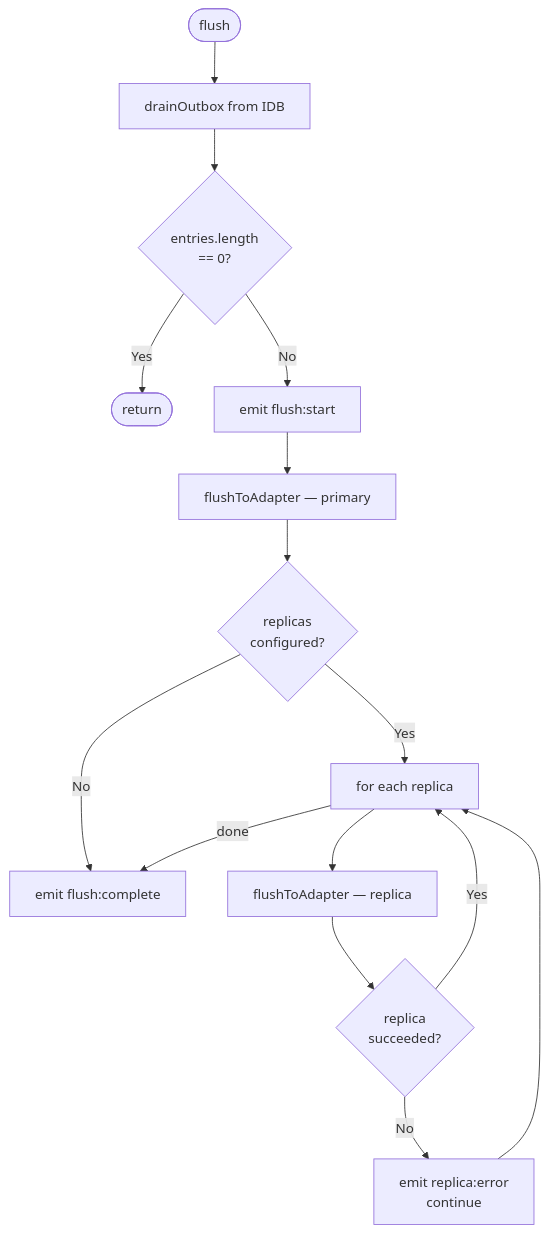
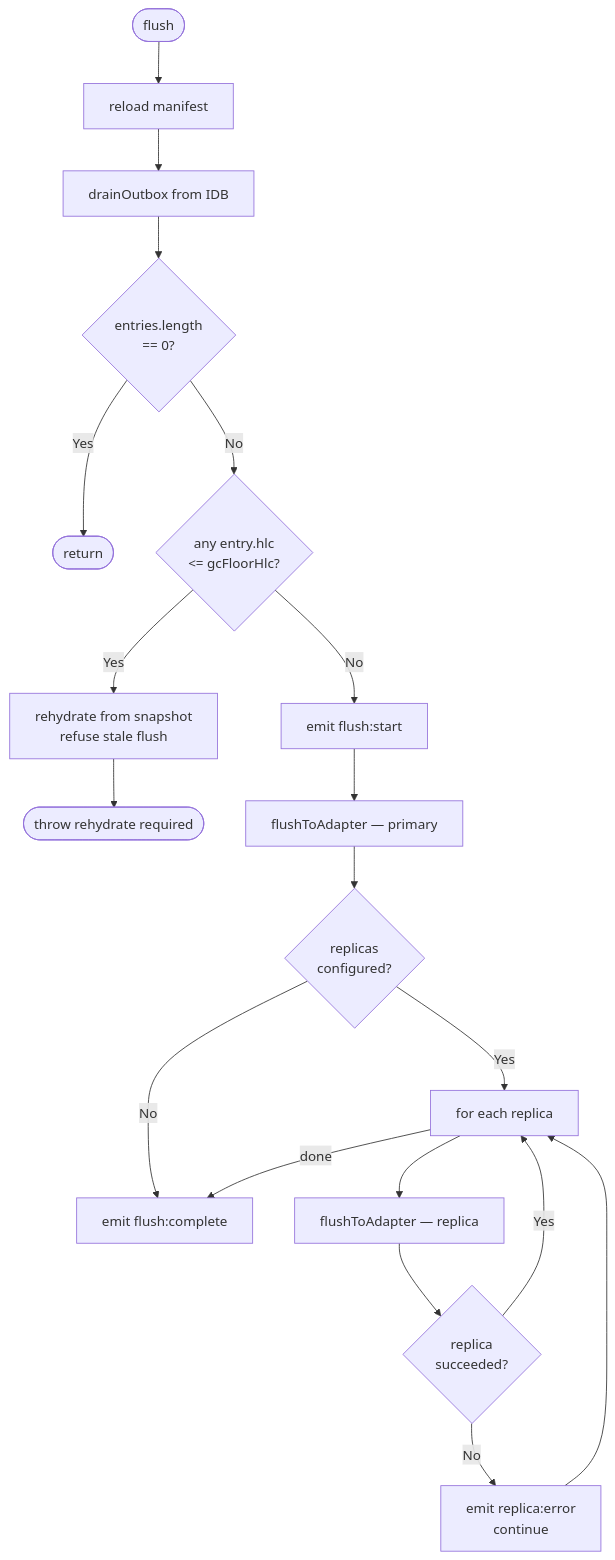
Before and after one commit to Machine-Garden/interocitor: the third of 7 diagrams in docs/flows.md, drawn with Mermaid. The commit also changed other lines of this file and 15 other files, not shown here.

````diff
--- a/docs/flows.md
+++ b/docs/flows.md
@@ -63,17 +63,21 @@
 ```mermaid
 flowchart TD
-    A([flush]) --> B[drainOutbox from IDB]
+    A([flush]) --> A1[reload manifest]
+    A1 --> B[drainOutbox from IDB]
     B --> C{entries.length\n== 0?}
     C -- Yes --> DONE([return])
-    C -- No --> D[emit flush:start]
+    C -- No --> C1{any entry.hlc\n<= gcFloorHlc?}
+    C1 -- Yes --> R[rehydrate from snapshot\nrefuse stale flush]
+    R --> ERR([throw rehydrate required])
+    C1 -- No --> D[emit flush:start]
     D --> E[flushToAdapter — primary]
     E --> F{replicas\nconfigured?}
     F -- No --> G[emit flush:complete]
     F -- Yes --> H[for each replica]
     H --> I[flushToAdapter — replica]
     I --> J{replica\nsucceeded?}
     J -- No --> K[emit replica:error\ncontinue]
     J -- Yes --> H
     K --> H
     H -- done --> G
 ```
````
